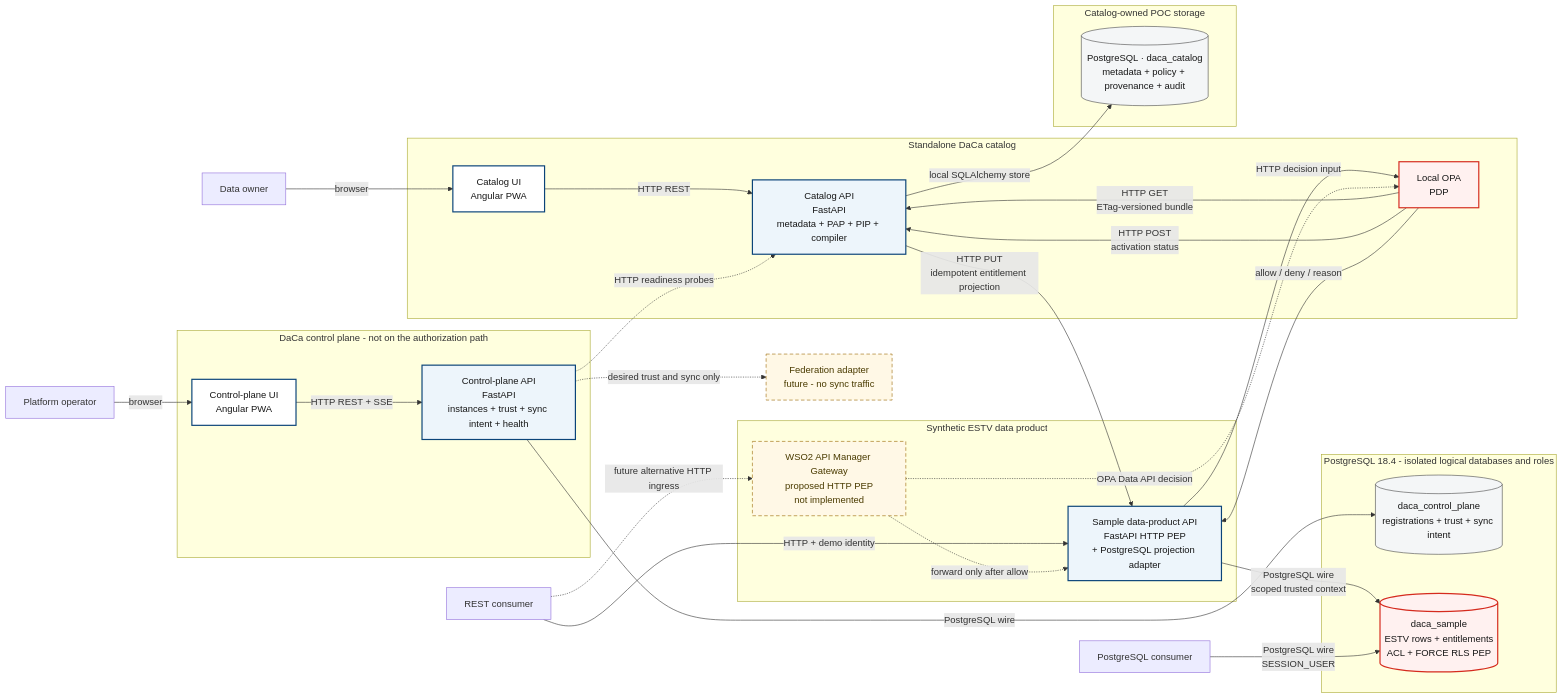
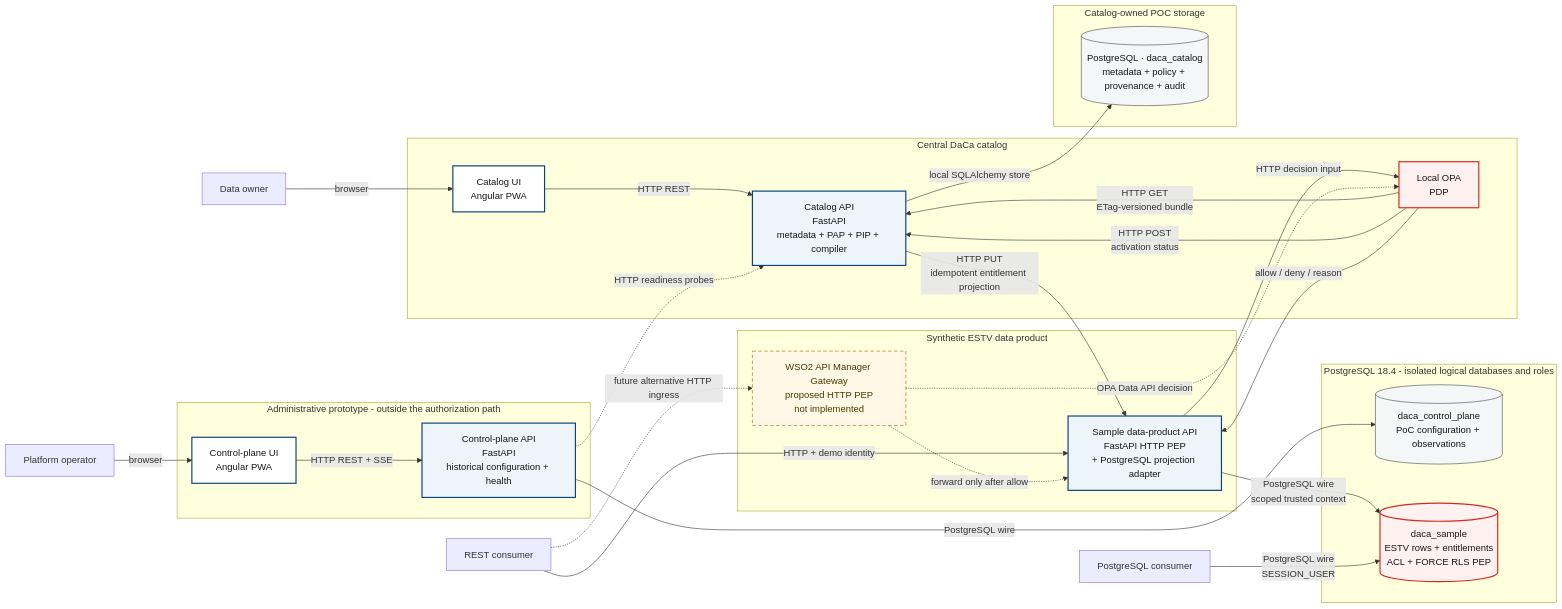
One commit to svabra/tib-daca-poc changed the first of 3 diagrams in docs/architecture-pbac-diagrams.md. Above: the diagram before and after it, drawn with Mermaid. The commit also changed other lines of this file and 168 other files, not shown here.

````diff
--- a/docs/architecture-pbac-diagrams.md
+++ b/docs/architecture-pbac-diagrams.md
@@ -9,65 +8,63 @@
 ```mermaid
 flowchart LR
   Owner["Data owner"]
   Operator["Platform operator"]
   RestConsumer["REST consumer"]
   PgConsumer["PostgreSQL consumer"]
 
-  subgraph Catalog["Standalone DaCa catalog"]
+  subgraph Catalog["Central DaCa catalog"]
     CatalogUI["Catalog UI<br/>Angular PWA"]
     CatalogAPI["Catalog API<br/>FastAPI<br/>metadata + PAP + PIP + compiler"]
     OPA["Local OPA<br/>PDP"]
     CatalogUI -->|"HTTP REST"| CatalogAPI
     OPA -->|"HTTP GET<br/>ETag-versioned bundle"| CatalogAPI
     OPA -->|"HTTP POST<br/>activation status"| CatalogAPI
   end
 
-  subgraph Control["DaCa control plane - not on the authorization path"]
+  subgraph Control["Administrative prototype - outside the authorization path"]
     ControlUI["Control-plane UI<br/>Angular PWA"]
-    ControlAPI["Control-plane API<br/>FastAPI<br/>instances + trust + sync intent + health"]
+    ControlAPI["Control-plane API<br/>FastAPI<br/>historical configuration + health"]
     ControlUI -->|"HTTP REST + SSE"| ControlAPI
   end
 
   subgraph Product["Synthetic ESTV data product"]
     ProductAPI["Sample data-product API<br/>FastAPI HTTP PEP<br/>+ PostgreSQL projection adapter"]
     WSO2["WSO2 API Manager Gateway<br/>proposed HTTP PEP<br/>not implemented"]
   end
 
   subgraph CatalogStorage["Catalog-owned POC storage"]
     CatalogDB[("PostgreSQL · daca_catalog<br/>metadata + policy + provenance + audit")]
   end
 
   subgraph Storage["PostgreSQL 18.4 - isolated logical databases and roles"]
-    ControlDB[("daca_control_plane<br/>registrations + trust + sync intent")]
+    ControlDB[("daca_control_plane<br/>PoC configuration + observations")]
     ProductDB[("daca_sample<br/>ESTV rows + entitlements<br/>ACL + FORCE RLS PEP")]
   end
 
-  FutureFederation["Federation adapter<br/>future - no sync traffic"]
 
   Owner -->|"browser"| CatalogUI
   Operator -->|"browser"| ControlUI
   CatalogAPI -->|"local SQLAlchemy store"| CatalogDB
   ControlAPI -->|"PostgreSQL wire"| ControlDB
   CatalogAPI -->|"HTTP PUT<br/>idempotent entitlement projection"| ProductAPI
   ProductAPI -->|"HTTP decision input"| OPA
   OPA -->|"allow / deny / reason"| ProductAPI
   ProductAPI -->|"PostgreSQL wire<br/>scoped trusted context"| ProductDB
   RestConsumer -->|"HTTP + demo identity"| ProductAPI
   PgConsumer -->|"PostgreSQL wire<br/>SESSION_USER"| ProductDB
   ControlAPI -. "HTTP readiness probes" .-> CatalogAPI
-  ControlAPI -. "desired trust and sync only" .-> FutureFederation
   RestConsumer -. "future alternative HTTP ingress" .-> WSO2
   WSO2 -. "OPA Data API decision" .-> OPA
   WSO2 -. "forward only after allow" .-> ProductAPI
 
   classDef ui fill:#ffffff,stroke:#0b4479,color:#171717,stroke-width:2px;
   classDef service fill:#edf5fb,stroke:#0b4479,color:#171717,stroke-width:2px;
   classDef security fill:#fff1f0,stroke:#d52b1e,color:#171717,stroke-width:2px;
   classDef store fill:#f4f6f7,stroke:#4a4a4a,color:#171717;
   classDef future fill:#fff8e6,stroke:#9a6700,color:#4a3b00,stroke-dasharray:6 4;
   class CatalogUI,ControlUI ui;
   class CatalogAPI,ControlAPI,ProductAPI service;
   class OPA,ProductDB security;
   class CatalogDB,ControlDB store;
-  class WSO2,FutureFederation future;
+  class WSO2 future;
 ```
````
